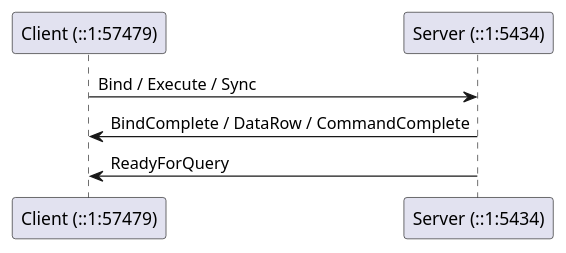
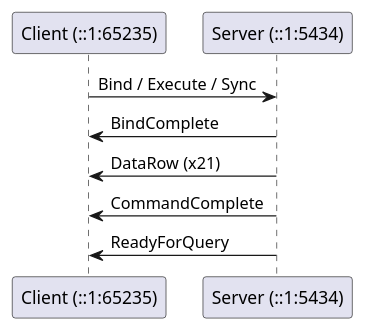
The second of 4 diagrams in docs/examples/exports/pagila-05-extended-query-named-prepared-statement/capture.plantuml.seq.md (xfischer/pg_protoexport), drawn with PlantUML before and after one commit. The commit also changed other lines of this file and 135 other files, not shown here.

````diff
--- a/docs/examples/exports/pagila-05-extended-query-named-prepared-statement/capture.plantuml.seq.md
+++ b/docs/examples/exports/pagila-05-extended-query-named-prepared-statement/capture.plantuml.seq.md
@@ -12,9 +12,11 @@
 ```plantuml
 @startuml
-participant "Client (::1:57479)" as C
+participant "Client (::1:65235)" as C
 participant "Server (::1:5434)" as S
 C -> S : Bind / Execute / Sync
-S -> C : BindComplete / DataRow / CommandComplete
+S -> C : BindComplete
+S -> C : DataRow (x21)
+S -> C : CommandComplete
 S -> C : ReadyForQuery
 @enduml
 ```
````
